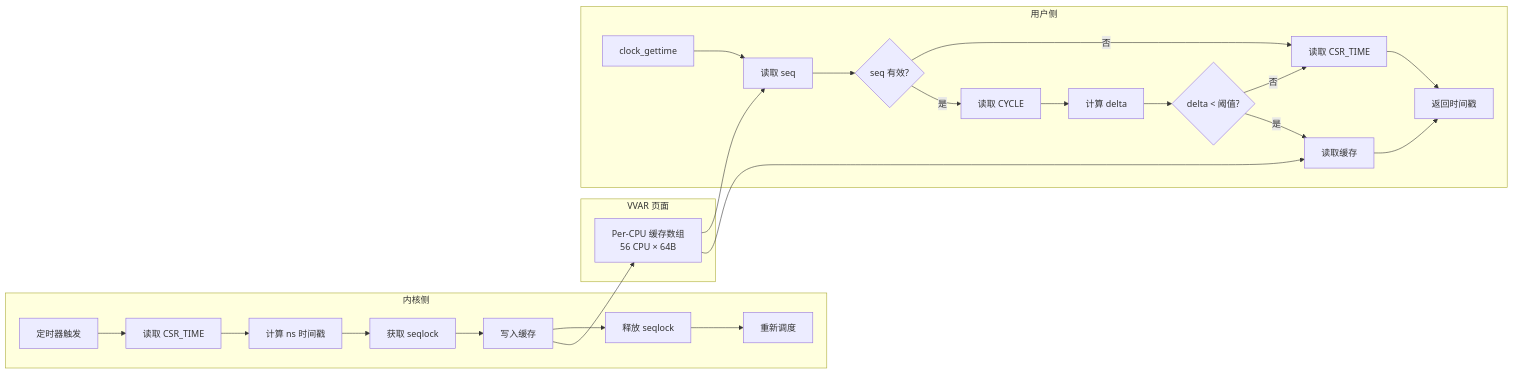
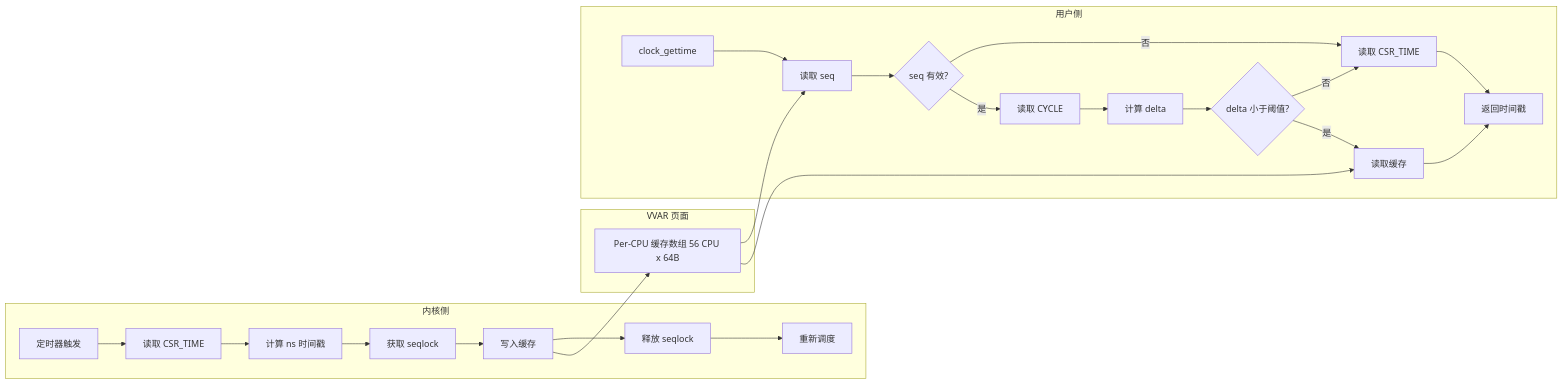
The eighth of 8 diagrams in kernel/vdso/res/cc-glm/use-subagents/RISC-V_vDSO_时间戳缓存优化方案_完整版.md (zcxGGmu/linux-riscv-docs), drawn with Mermaid before and after one commit. The commit also changed other lines of this file, not shown here.

First line of the commit message:
docs: fix Mermaid diagrams for GitHub compatibility

````diff
--- a/kernel/vdso/res/cc-glm/use-subagents/RISC-V_vDSO_时间戳缓存优化方案_完整版.md
+++ b/kernel/vdso/res/cc-glm/use-subagents/RISC-V_vDSO_时间戳缓存优化方案_完整版.md
@@ -1623,32 +1623,32 @@
 ```mermaid
 flowchart LR
-    subgraph "内核侧"
+    subgraph KernelSide["内核侧"]
         A[定时器触发] --> B[读取 CSR_TIME]
         B --> C[计算 ns 时间戳]
         C --> D[获取 seqlock]
         D --> E[写入缓存]
         E --> F[释放 seqlock]
         F --> G[重新调度]
     end
 
-    subgraph "VVAR 页面"
-        H[Per-CPU 缓存数组<br/>56 CPU × 64B]
+    subgraph VVARPage["VVAR 页面"]
+        H["Per-CPU 缓存数组 56 CPU x 64B"]
     end
 
-    subgraph "用户侧"
+    subgraph UserSide["用户侧"]
         I[clock_gettime] --> J[读取 seq]
         J --> K{seq 有效?}
         K -->|否| L[读取 CSR_TIME]
         K -->|是| M[读取 CYCLE]
         M --> N[计算 delta]
-        N --> O{delta < 阈值?}
+        N --> O{delta 小于阈值?}
         O -->|否| L
         O -->|是| P[读取缓存]
         P --> Q[返回时间戳]
         L --> Q
     end
 
     E --> H
     H --> J
     H --> P
 ```
````
